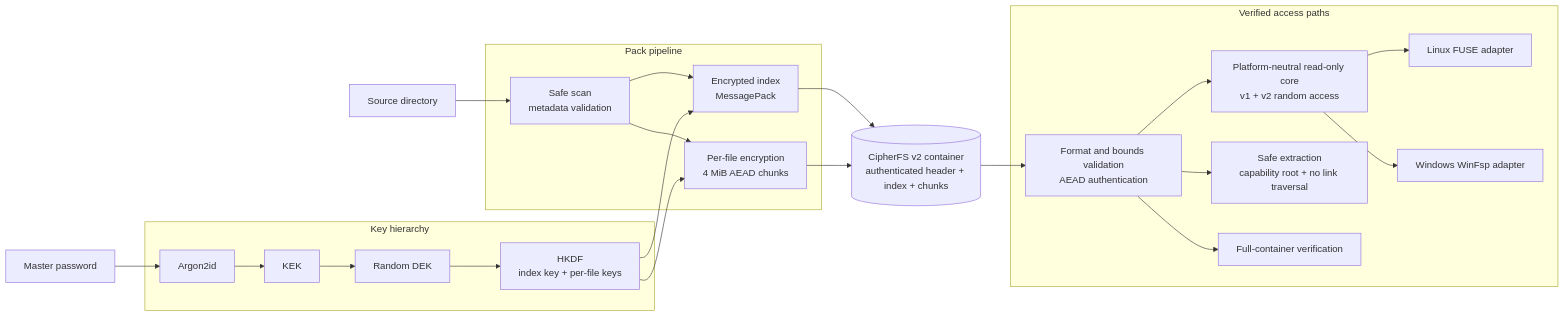
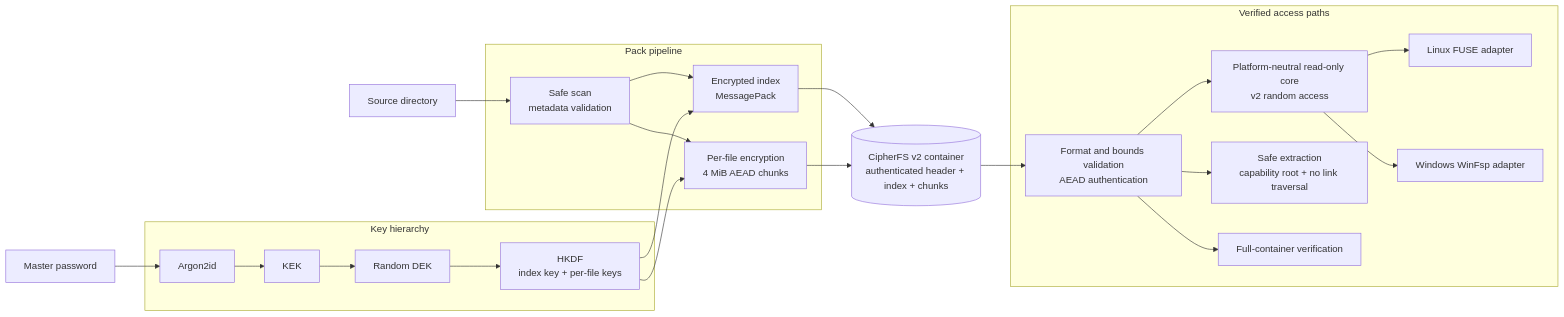
The diagram in README.md (TW-RF54732/CipherFS), drawn with Mermaid before and after one commit. The commit also changed other lines of this file and 37 other files, not shown here.

````diff
--- a/README.md
+++ b/README.md
@@ -13,45 +13,45 @@
 ```mermaid
 flowchart LR
     SOURCE["Source directory"]
     PASSWORD["Master password"]
 
     subgraph PACK["Pack pipeline"]
         SCAN["Safe scan<br/>metadata validation"]
         INDEX["Encrypted index<br/>MessagePack"]
         CHUNKS["Per-file encryption<br/>4 MiB AEAD chunks"]
     end
 
     subgraph KEYS["Key hierarchy"]
         KDF["Argon2id"]
         KEK["KEK"]
         DEK["Random DEK"]
         DERIVE["HKDF<br/>index key + per-file keys"]
     end
 
     CONTAINER[("CipherFS v2 container<br/>authenticated header + index + chunks")]
 
     subgraph ACCESS["Verified access paths"]
         OPEN["Format and bounds validation<br/>AEAD authentication"]
-        CORE["Platform-neutral read-only core<br/>v1 + v2 random access"]
+        CORE["Platform-neutral read-only core<br/>v2 random access"]
         FUSE["Linux FUSE adapter"]
         WINFSP["Windows WinFsp adapter"]
         EXTRACT["Safe extraction<br/>capability root + no link traversal"]
         VERIFY["Full-container verification"]
     end
 
     SOURCE --> SCAN
     SCAN --> INDEX
     SCAN --> CHUNKS
     PASSWORD --> KDF --> KEK --> DEK
     DEK --> DERIVE
     DERIVE --> INDEX
     DERIVE --> CHUNKS
     INDEX --> CONTAINER
     CHUNKS --> CONTAINER
     CONTAINER --> OPEN
     OPEN --> CORE
     CORE --> FUSE
     CORE --> WINFSP
     OPEN --> EXTRACT
     OPEN --> VERIFY
 ```
````
